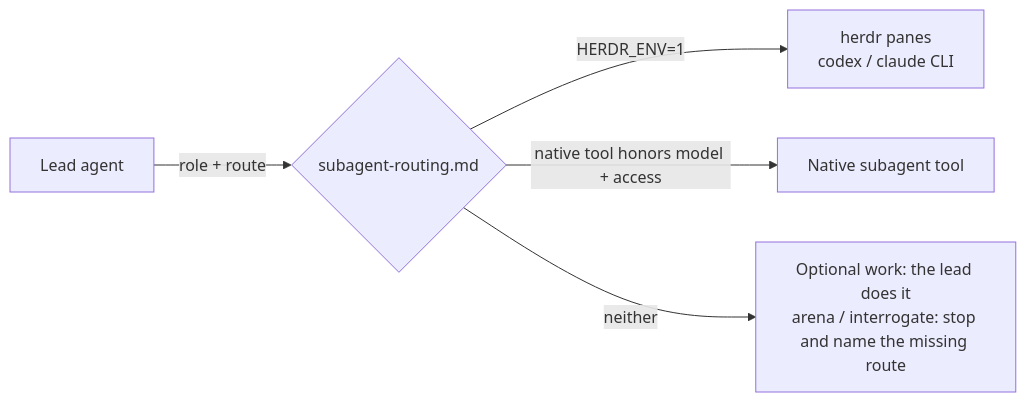
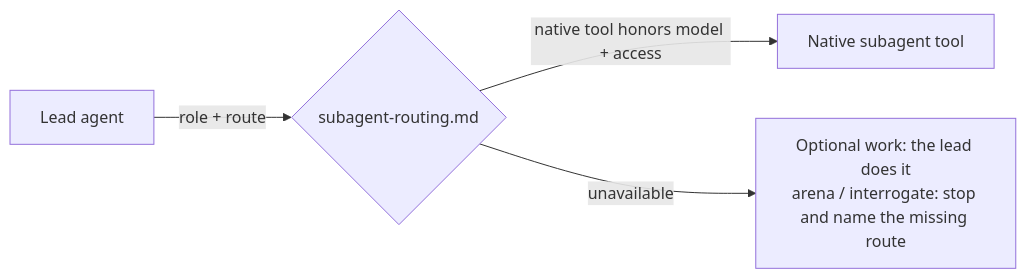
Before and after one commit to steven-yu-appier/steven-stack: the second of 2 diagrams in README.md, drawn with Mermaid. The commit also changed other lines of this file and 4 other files, not shown here.

````diff
--- a/README.md
+++ b/README.md
@@ -221,7 +216,6 @@
 ```mermaid
 flowchart LR
     Lead[Lead agent] -->|role + route| Routing{"subagent-routing.md"}
-    Routing -->|"HERDR_ENV=1"| Herdr["herdr panes<br/>codex / claude CLI"]
     Routing -->|"native tool honors model + access"| Native["Native subagent tool"]
-    Routing -->|neither| Fallback["Optional work: the lead does it<br/>arena / interrogate: stop and name the missing route"]
+    Routing -->|unavailable| Fallback["Optional work: the lead does it<br/>arena / interrogate: stop and name the missing route"]
 ```
````
